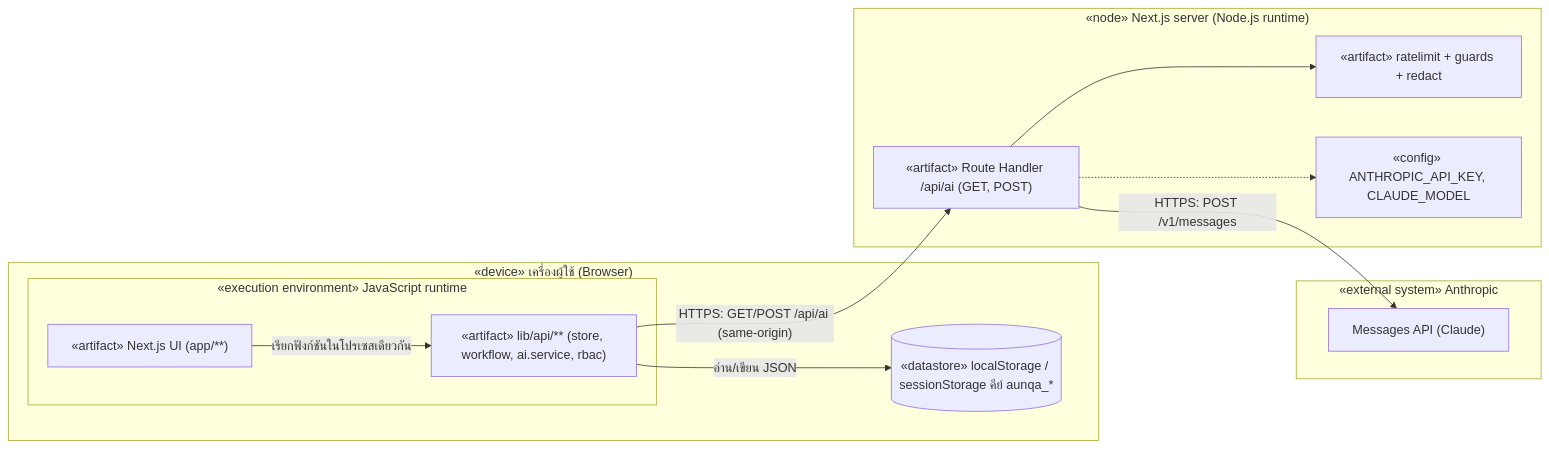
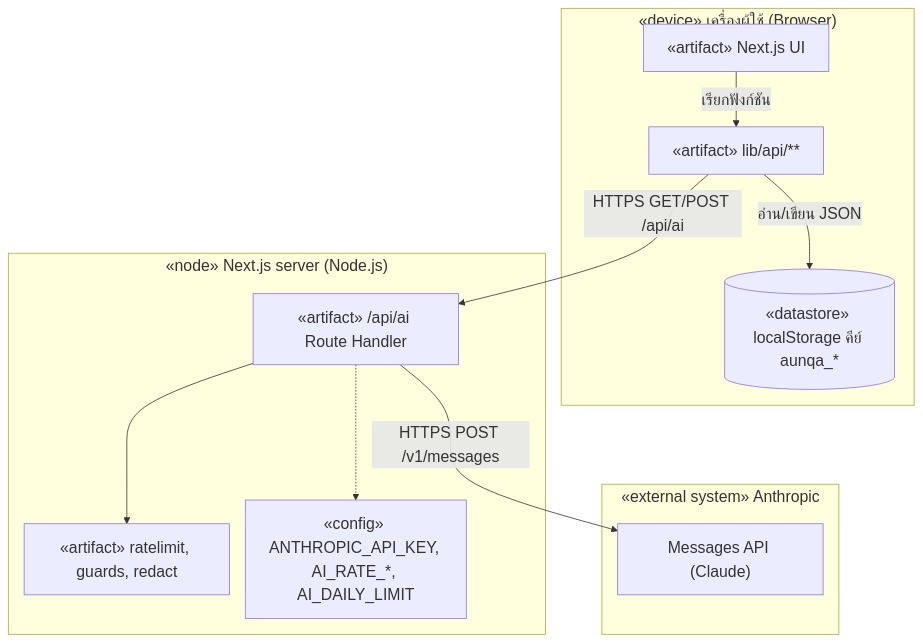
Before and after one commit to sunthanathza5566/project-mockup: diagram 20 of 20 in thesis/export/GEMINI_HANDOFF.md, drawn with Mermaid. The commit also changed other lines of this file and 34 other files, not shown here.

Commit message:
docs(TASK-0001): D3 final thesis — all chapters updated to final system, verified references, 20 diagrams + 16 screenshots, export docx + Gemini handoff

````diff
--- a/thesis/export/GEMINI_HANDOFF.md
+++ b/thesis/export/GEMINI_HANDOFF.md
@@ -1036,25 +1278,24 @@
 ```mermaid
-%% source: eduflow-next/app/api/ai/route.ts:1-15,54-109; lib/api/ai/claude.ts:19-47; lib/api/db.ts:7-52; lib/api/ai/ratelimit.ts | task: TASK-0001 | updated: 2026-10-21
-flowchart LR
+%% source: eduflow-next/app/api/ai/route.ts:1-109; lib/api/ai/claude.ts:19-57; lib/api/ai/ratelimit.ts:1-67; lib/api/db.ts:7-52; lib/api/auth.api.ts:60-147 (session ใน localStorage) | task: TASK-0001 | updated: 2026-10-23
+%%{init: {"themeVariables": {"fontSize": "20px"}, "themeCSS": ".edge-pattern-dashed{stroke-dasharray: 4 4 !important}", "flowchart": {"nodeSpacing": 20, "rankSpacing": 40}}}%%
+flowchart TB
   subgraph Client["«device» เครื่องผู้ใช้ (Browser)"]
-    subgraph UIenv["«execution environment» JavaScript runtime"]
-      UI["«artifact» Next.js UI (app/**)"]
-      API["«artifact» lib/api/** (store, workflow, ai.service, rbac)"]
-    end
-    LS[("«datastore» localStorage / sessionStorage คีย์ aunqa_*")]
+    UI["«artifact» Next.js UI"]
+    API["«artifact» lib/api/**"]
+    LS[("«datastore» localStorage คีย์ aunqa_*")]
   end
-  subgraph Server["«node» Next.js server (Node.js runtime)"]
-    ROUTE["«artifact» Route Handler /api/ai (GET, POST)"]
-    RL["«artifact» ratelimit + guards + redact"]
-    ENV["«config» ANTHROPIC_API_KEY, CLAUDE_MODEL"]
+  subgraph Server["«node» Next.js server (Node.js)"]
+    ROUTE["«artifact» /api/ai Route Handler"]
+    RL["«artifact» ratelimit, guards, redact"]
+    ENV["«config» ANTHROPIC_API_KEY, AI_RATE_*, AI_DAILY_LIMIT"]
   end
   subgraph Ext["«external system» Anthropic"]
     LLM["Messages API (Claude)"]
   end
-  UI -- "เรียกฟังก์ชันในโปรเซสเดียวกัน" --> API
+  UI -- "เรียกฟังก์ชัน" --> API
   API -- "อ่าน/เขียน JSON" --> LS
-  API -- "HTTPS: GET/POST /api/ai (same-origin)" --> ROUTE
+  API -- "HTTPS GET/POST /api/ai" --> ROUTE
   ROUTE --> RL
   ROUTE -.-> ENV
-  ROUTE -- "HTTPS: POST /v1/messages" --> LLM
+  ROUTE -- "HTTPS POST /v1/messages" --> LLM
 ```
````
